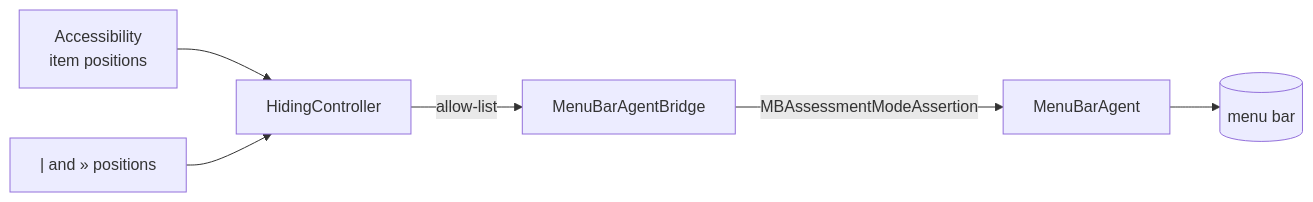
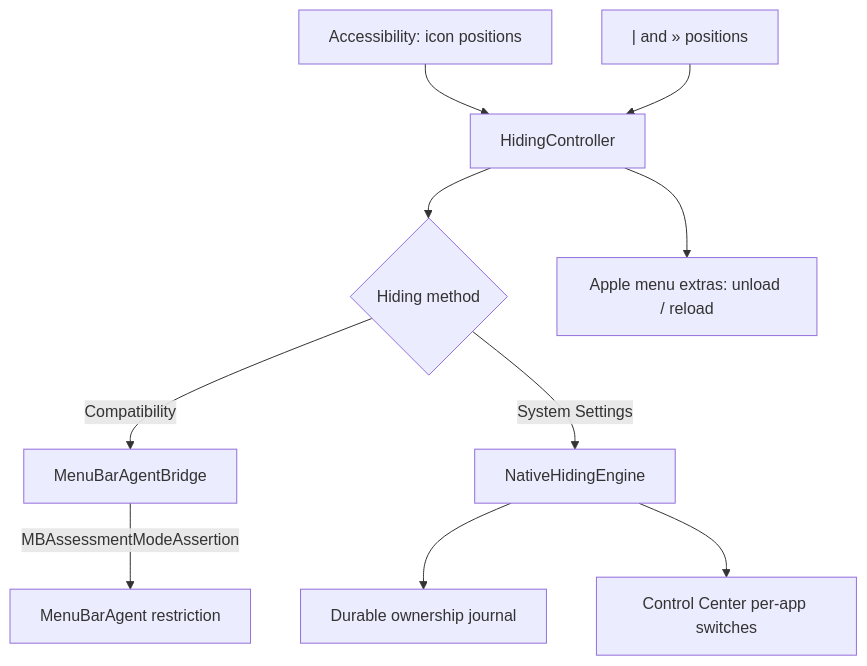
The diagram in README.md (happy666End/MenuBarHider), drawn with Mermaid before and after one commit. The commit also changed other lines of this file and 40 other files, not shown here.

Commit message:
feat: add recoverable system settings hiding and safer app lifecycle

````diff
--- a/README.md
+++ b/README.md
@@ -92,8 +128,12 @@
 ```mermaid
-flowchart LR
-    AX[Accessibility<br/>item positions] --> HC[HidingController]
+flowchart TD
+    AX[Accessibility: icon positions] --> HC[HidingController]
     SEP["| and » positions"] --> HC
-    HC -->|allow-list| BR[MenuBarAgentBridge]
-    BR -->|MBAssessmentModeAssertion| MBA[MenuBarAgent]
-    MBA --> BAR[(menu bar)]
+    HC --> ROUTER{Hiding method}
+    ROUTER -->|Compatibility| BR[MenuBarAgentBridge]
+    BR -->|MBAssessmentModeAssertion| MBA[MenuBarAgent restriction]
+    ROUTER -->|System Settings| NATIVE[NativeHidingEngine]
+    NATIVE --> JOURNAL[Durable ownership journal]
+    NATIVE --> PREFS[Control Center per-app switches]
+    HC --> EXTRAS[Apple menu extras: unload / reload]
 ```
````
